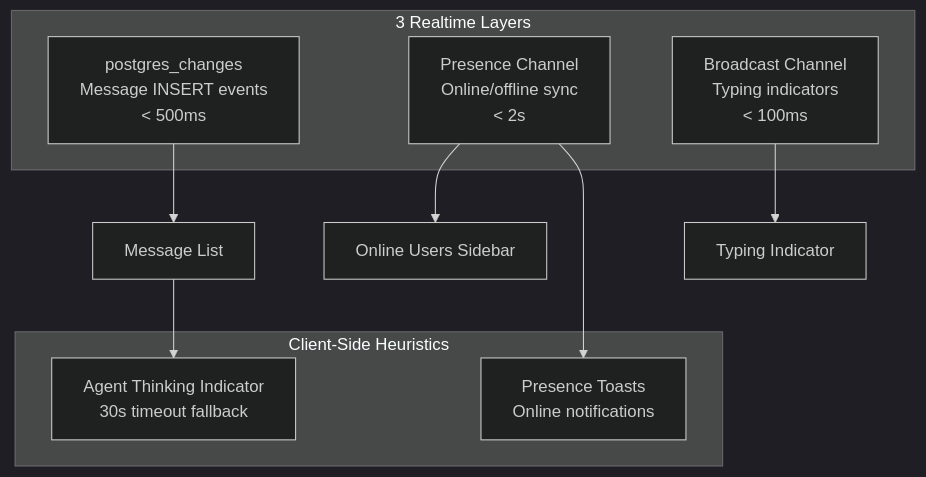
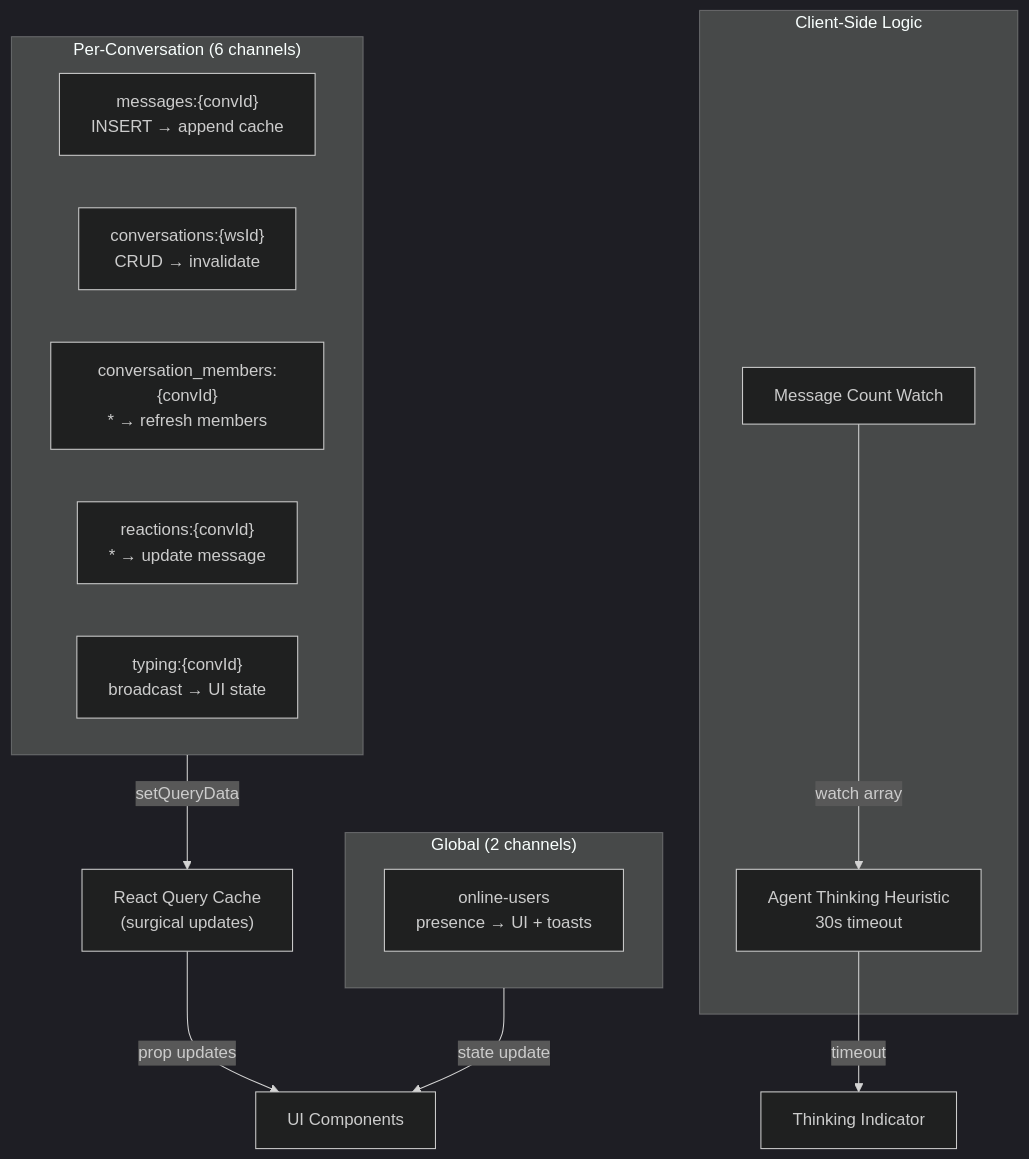
The fifth of 13 diagrams in docs/system-architecture.md (phucsystem/agent-playground), drawn with Mermaid (dark theme) before and after one commit. The commit also changed other lines of this file and 23 other files, not shown here.

First line of the commit message:
perf: migrate to React Query for optimized data fetching (#13)

````diff
--- a/docs/system-architecture.md
+++ b/docs/system-architecture.md
@@ -109,19 +176,25 @@
 ```mermaid
-flowchart TB
-    subgraph Channels["3 Realtime Layers"]
-        PG["postgres_changes<br/>Message INSERT events<br/>< 500ms"]
-        Presence["Presence Channel<br/>Online/offline sync<br/>< 2s"]
-        Broadcast["Broadcast Channel<br/>Typing indicators<br/>< 100ms"]
+graph TB
+    subgraph PerConversation["Per-Conversation (6 channels)"]
+        MessagesInsert["messages:{convId}<br/>INSERT → append cache"]
+        ConversationCrud["conversations:{wsId}<br/>CRUD → invalidate"]
+        MembershipChanges["conversation_members:{convId}<br/>* → refresh members"]
+        ReactionsEvents["reactions:{convId}<br/>* → update message"]
+        TypingIndicator["typing:{convId}<br/>broadcast → UI state"]
     end
 
-    subgraph ClientSide["Client-Side Heuristics"]
-        Thinking["Agent Thinking Indicator<br/>30s timeout fallback"]
-        Toasts["Presence Toasts<br/>Online notifications"]
+    subgraph GlobalChannels["Global (2 channels)"]
+        OnlinePresence["online-users<br/>presence → UI + toasts"]
     end
 
-    PG --> MessageList["Message List"]
-    Presence --> OnlineUsers["Online Users Sidebar"]
-    Presence --> Toasts
-    Broadcast --> TypingDots["Typing Indicator"]
-    MessageList --> Thinking
+    subgraph ClientSide["Client-Side Logic"]
+        AgentThinking["Agent Thinking Heuristic<br/>30s timeout"]
+        MessageCount["Message Count Watch"]
+    end
+
+    PerConversation -->|setQueryData| CacheLayer["React Query Cache<br/>(surgical updates)"]
+    GlobalChannels -->|state update| UI["UI Components"]
+    CacheLayer -->|prop updates| UI
+    MessageCount -->|watch array| AgentThinking
+    AgentThinking -->|timeout| ThinkingUI["Thinking Indicator"]
 ```
````
